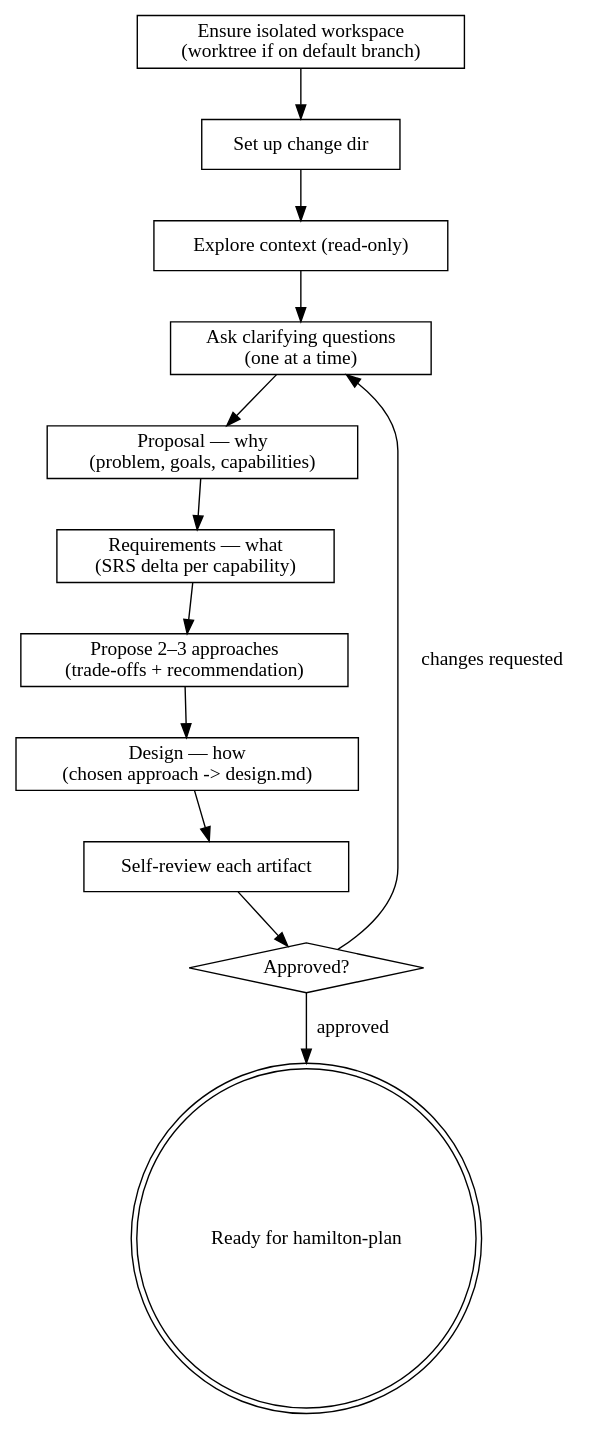
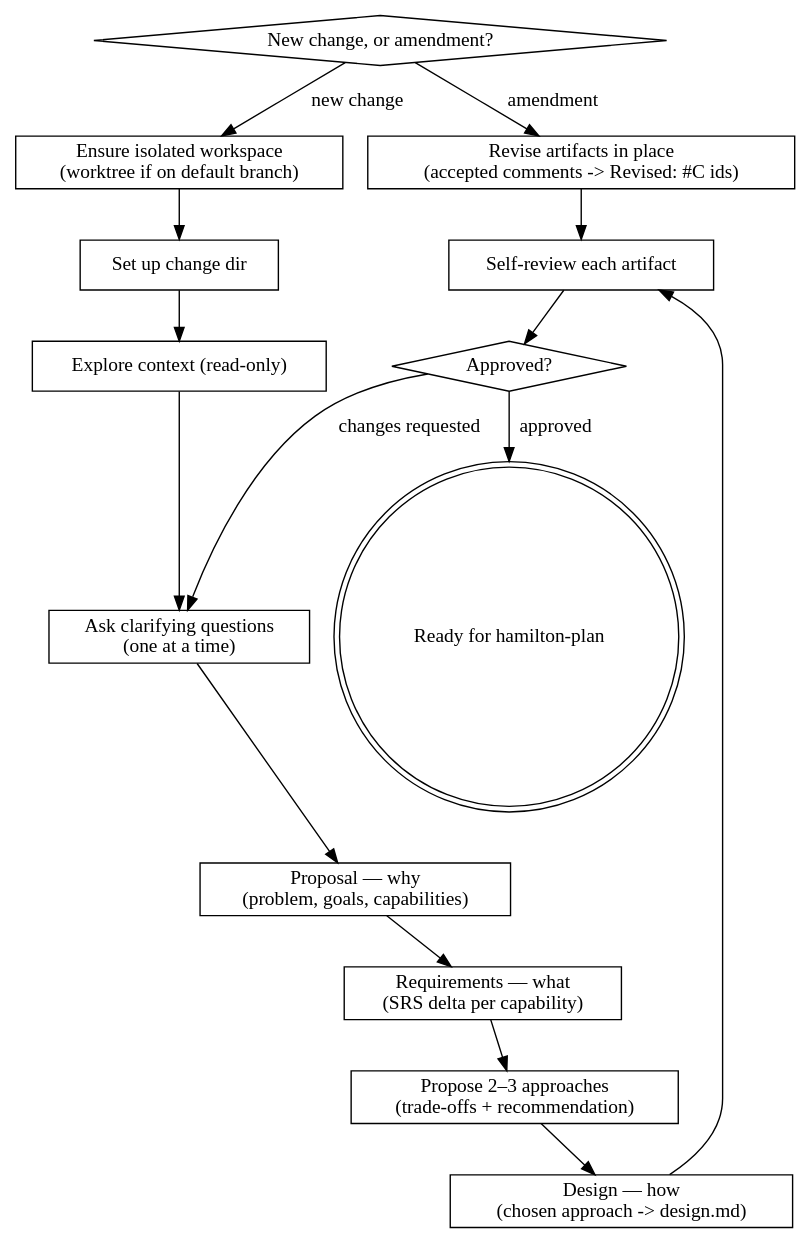
One commit to caiorcferreira/hamilton changed the diagram in skills/hamilton-propose/SKILL.md. Above: the diagram before and after it, drawn with Graphviz. The commit also changed other lines of this file and 14 other files, not shown here.

````diff
--- a/skills/hamilton-propose/SKILL.md
+++ b/skills/hamilton-propose/SKILL.md
@@ -170,27 +217,32 @@
 ```dot
 digraph hamilton_propose {
+    "New change, or amendment?" [shape=diamond];
+    "Revise artifacts in place\n(accepted comments -> Revised: #C ids)" [shape=box];
     "Ensure isolated workspace\n(worktree if on default branch)" [shape=box];
     "Set up change dir" [shape=box];
     "Explore context (read-only)" [shape=box];
     "Ask clarifying questions\n(one at a time)" [shape=box];
     "Proposal — why\n(problem, goals, capabilities)" [shape=box];
     "Requirements — what\n(SRS delta per capability)" [shape=box];
     "Propose 2–3 approaches\n(trade-offs + recommendation)" [shape=box];
     "Design — how\n(chosen approach -> design.md)" [shape=box];
     "Self-review each artifact" [shape=box];
     "Approved?" [shape=diamond];
     "Ready for hamilton-plan" [shape=doublecircle];
 
+    "New change, or amendment?" -> "Ensure isolated workspace\n(worktree if on default branch)" [label="new change"];
+    "New change, or amendment?" -> "Revise artifacts in place\n(accepted comments -> Revised: #C ids)" [label="amendment"];
+    "Revise artifacts in place\n(accepted comments -> Revised: #C ids)" -> "Self-review each artifact";
     "Ensure isolated workspace\n(worktree if on default branch)" -> "Set up change dir";
     "Set up change dir" -> "Explore context (read-only)";
     "Explore context (read-only)" -> "Ask clarifying questions\n(one at a time)";
     "Ask clarifying questions\n(one at a time)" -> "Proposal — why\n(problem, goals, capabilities)";
     "Proposal — why\n(problem, goals, capabilities)" -> "Requirements — what\n(SRS delta per capability)";
     "Requirements — what\n(SRS delta per capability)" -> "Propose 2–3 approaches\n(trade-offs + recommendation)";
     "Propose 2–3 approaches\n(trade-offs + recommendation)" -> "Design — how\n(chosen approach -> design.md)";
     "Design — how\n(chosen approach -> design.md)" -> "Self-review each artifact";
     "Self-review each artifact" -> "Approved?";
     "Approved?" -> "Ask clarifying questions\n(one at a time)" [label="changes requested"];
     "Approved?" -> "Ready for hamilton-plan" [label="approved"];
 }
 ```
````
